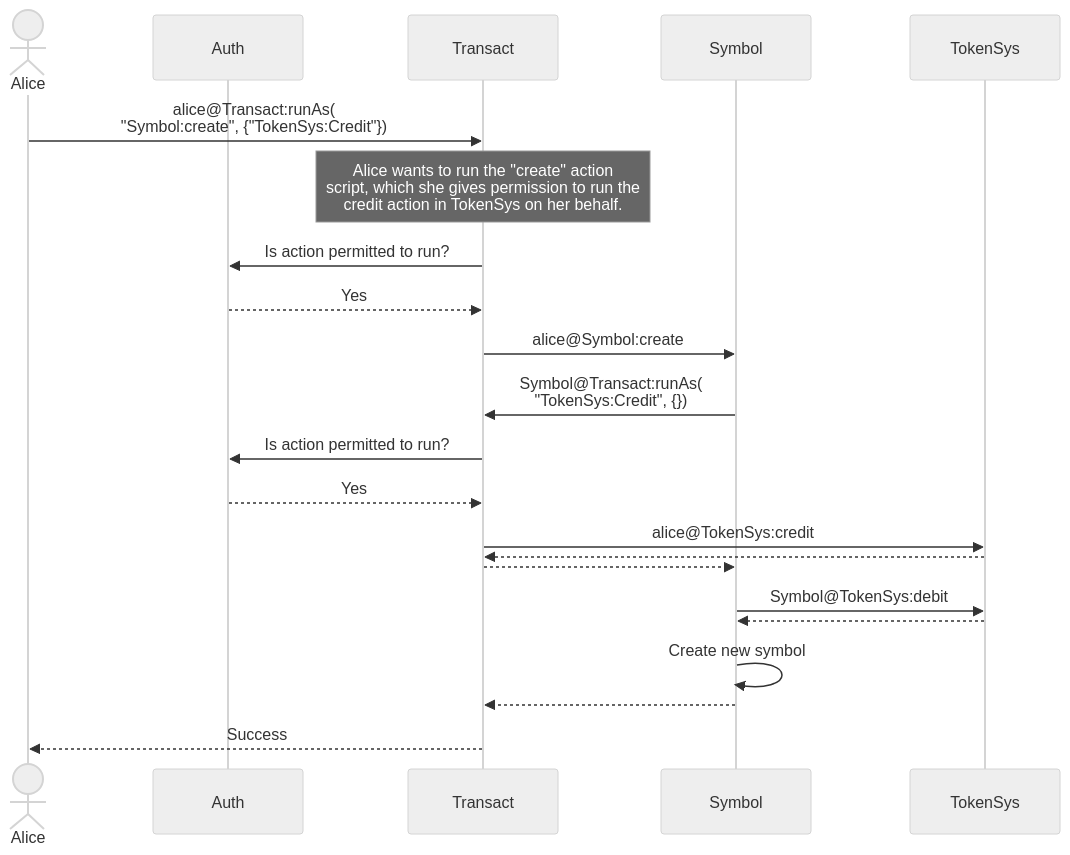
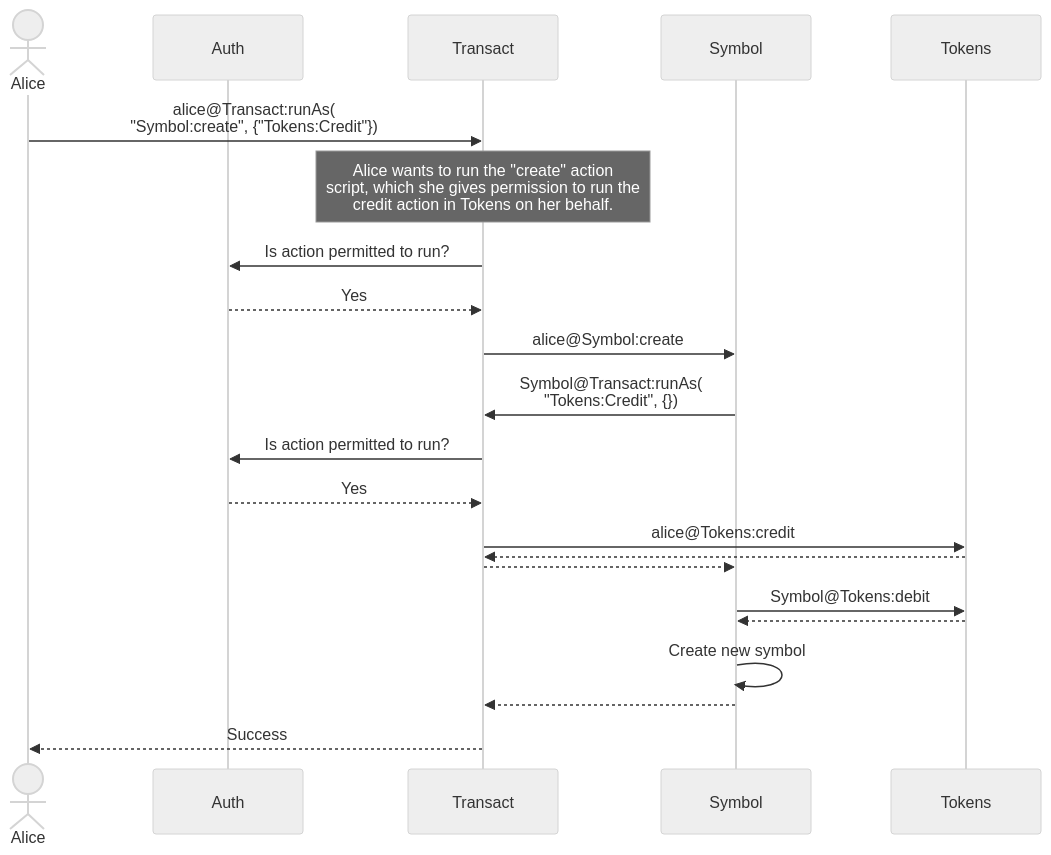
Before and after one commit to gofractally/psibase: the diagram in doc/diagrams/action-scripts.md, drawn with Mermaid (neutral theme). The commit also changed 36 other files, not shown here.

````diff
--- a/doc/diagrams/action-scripts.md
+++ b/doc/diagrams/action-scripts.md
@@ -1,27 +1,27 @@
 ```mermaid
 sequenceDiagram
 
 actor Alice
 participant Auth
 participant Transact
 participant Symbol
-participant TokenSys
+participant Tokens
 
-Alice->>Transact: alice@Transact:runAs( <br>"Symbol:create", {"TokenSys:Credit"}) 
-Note over Transact: Alice wants to run the "create" action<br>script, which she gives permission to run the<br> credit action in TokenSys on her behalf.
+Alice->>Transact: alice@Transact:runAs( <br>"Symbol:create", {"Tokens:Credit"}) 
+Note over Transact: Alice wants to run the "create" action<br>script, which she gives permission to run the<br> credit action in Tokens on her behalf.
 Transact->>Auth: Is action permitted to run?
 Auth-->>Transact: Yes
 Transact->>Symbol: alice@Symbol:create
-Symbol->>Transact: Symbol@Transact:runAs(<br>"TokenSys:Credit", {})
+Symbol->>Transact: Symbol@Transact:runAs(<br>"Tokens:Credit", {})
 Transact->>Auth: Is action permitted to run?
 Auth-->>Transact: Yes
-Transact->>TokenSys: alice@TokenSys:credit
-TokenSys-->>Transact: 
+Transact->>Tokens: alice@Tokens:credit
+Tokens-->>Transact: 
 Transact-->>Symbol: 
-Symbol->>TokenSys: Symbol@TokenSys:debit
-TokenSys-->>Symbol: 
+Symbol->>Tokens: Symbol@Tokens:debit
+Tokens-->>Symbol: 
 Symbol->>Symbol: Create new symbol
 Symbol-->>Transact: 
 Transact-->>Alice: Success
 
 ```
````
